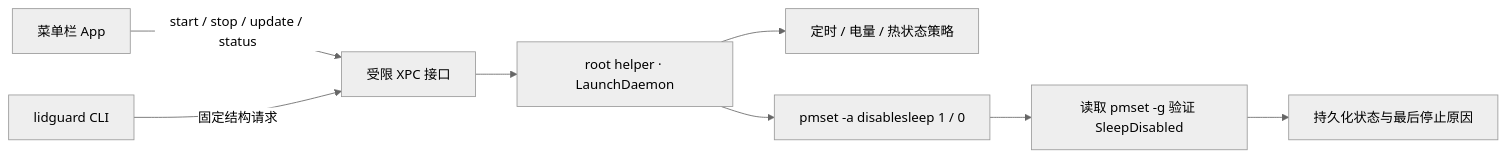
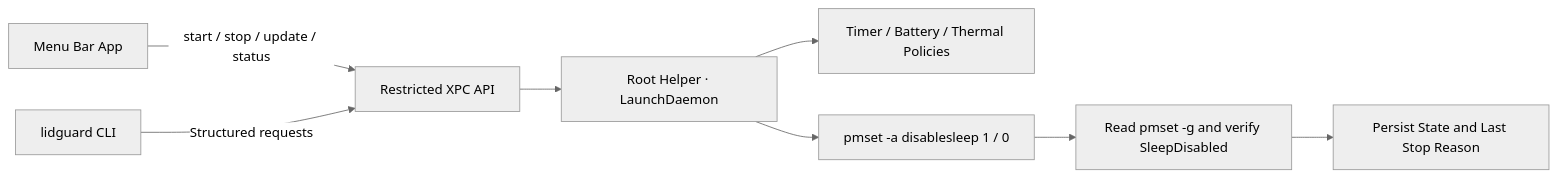
The diagram in README.md (aermin/LidGuard), drawn with Mermaid (neutral theme) before and after one commit. The commit also changed other lines of this file and 2 other files, not shown here.

````diff
--- a/README.md
+++ b/README.md
@@ -229,10 +229,10 @@
 ```mermaid
 flowchart LR
-    App["菜单栏 App"] -->|"start / stop / update / status"| XPC["受限 XPC 接口"]
-    CLI["lidguard CLI"] -->|"固定结构请求"| XPC
-    XPC --> Helper["root helper · LaunchDaemon"]
-    Helper --> Policy["定时 / 电量 / 热状态策略"]
+    App["Menu Bar App"] -->|"start / stop / update / status"| XPC["Restricted XPC API"]
+    CLI["lidguard CLI"] -->|"Structured requests"| XPC
+    XPC --> Helper["Root Helper · LaunchDaemon"]
+    Helper --> Policy["Timer / Battery / Thermal Policies"]
     Helper --> PM["pmset -a disablesleep 1 / 0"]
-    PM --> Verify["读取 pmset -g 验证 SleepDisabled"]
-    Verify --> State["持久化状态与最后停止原因"]
+    PM --> Verify["Read pmset -g and verify SleepDisabled"]
+    Verify --> State["Persist State and Last Stop Reason"]
 ```
````
